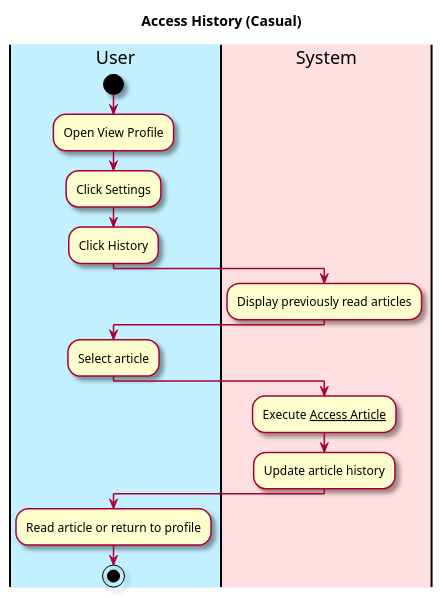
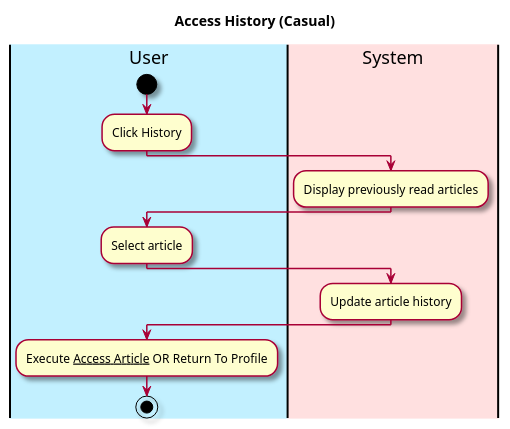
The diagram in intellij/doc/Functional Specification/access-history.md (owhitleym-ui/EcoScoop), drawn with PlantUML before and after one commit. The commit also changed 3 other files, not shown here.

````diff
--- a/intellij/doc/Functional Specification/access-history.md
+++ b/intellij/doc/Functional Specification/access-history.md
@@ -20,32 +20,29 @@
 ```plantuml
 @startuml
 
 skin rose
 
 title Access History (Casual)
 'define the lanes
 |#application|User|
 |#implementation|System|
 
 |User|
 start
-:Open View Profile;
-:Click Settings;
 :Click History;
 
 |System|
 :Display previously read articles;
 
 |User|
 :Select article;
 
 |System|
-:Execute __Access Article__;
 :Update article history;
 
 |User|
-:Read article or return to profile;
+:Execute __Access Article__ OR Return To Profile;
 
 stop
 @enduml
 ```
````
